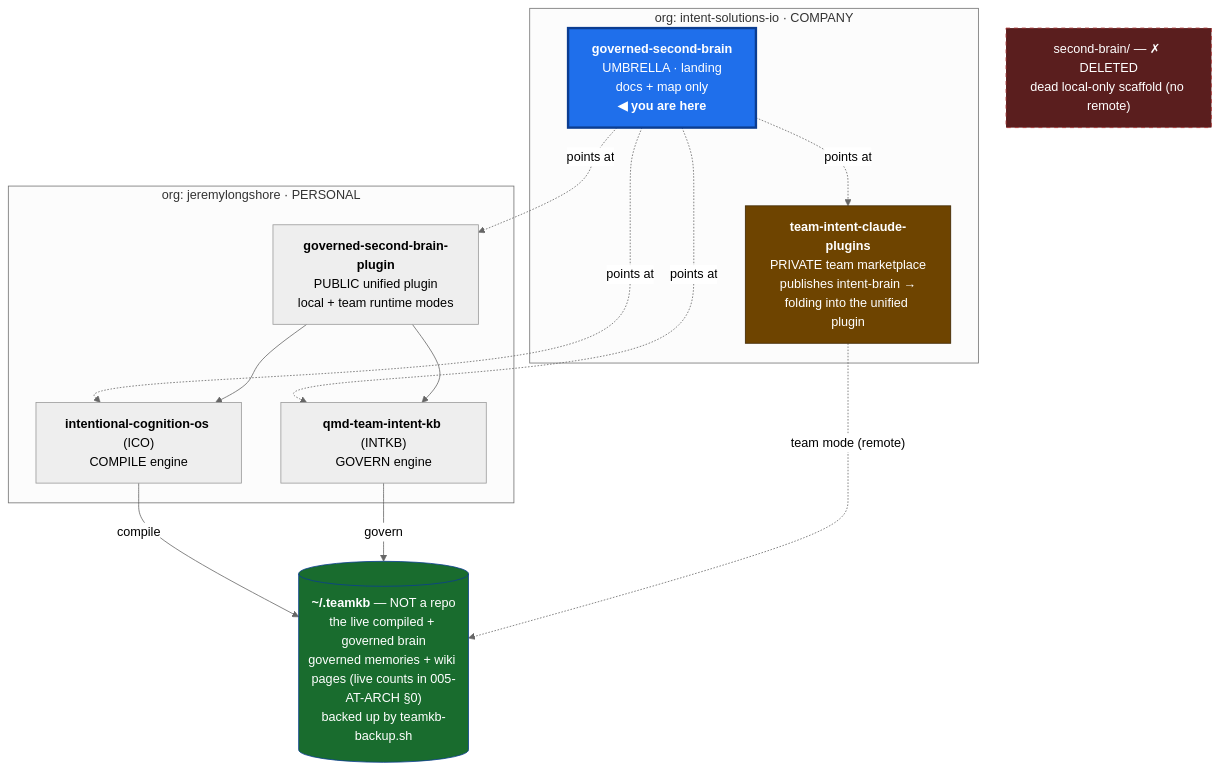
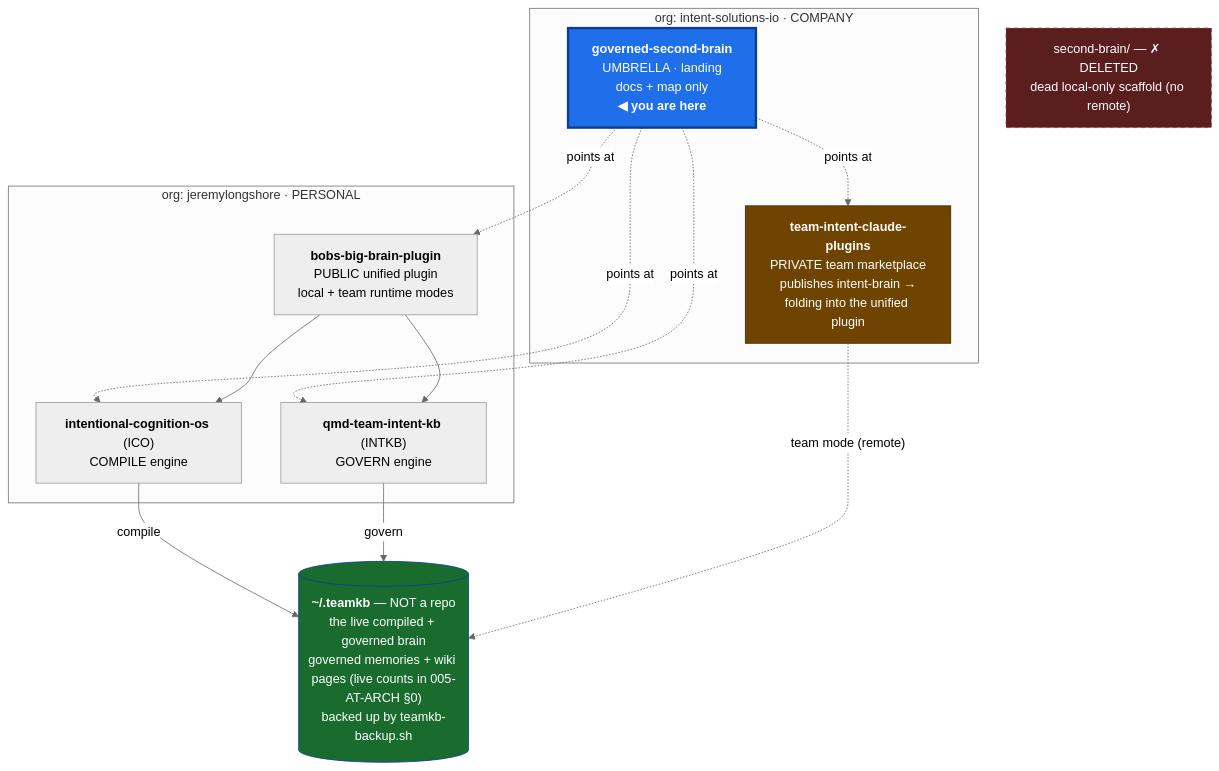
One commit to intent-solutions-io/governed-second-brain changed the diagram in 000-docs/007-AT-SMAP-repo-topology-and-working-surface.md. Above: the diagram before and after it, drawn with Mermaid (neutral theme). The commit also changed other lines of this file and 11 other files, not shown here.

First line of the commit message:
docs(rename): canonicalize the plugin repo to bobs-big-brain-plugin across umbrella references (#46)

````diff
--- a/000-docs/007-AT-SMAP-repo-topology-and-working-surface.md
+++ b/000-docs/007-AT-SMAP-repo-topology-and-working-surface.md
@@ -19,29 +19,29 @@
 ```mermaid
 flowchart TB
   subgraph ISO["org: intent-solutions-io  ·  COMPANY"]
     UMB["<b>governed-second-brain</b><br/>UMBRELLA · landing<br/>docs + map only<br/><b>◀ you are here</b>"]
     MKT["<b>team-intent-claude-plugins</b><br/>PRIVATE team marketplace<br/>publishes intent-brain →<br/>folding into the unified plugin"]
   end
   subgraph JL["org: jeremylongshore  ·  PERSONAL"]
     ICO["<b>intentional-cognition-os</b> (ICO)<br/>COMPILE engine"]
     INTKB["<b>qmd-team-intent-kb</b> (INTKB)<br/>GOVERN engine"]
-    PLUG["<b>governed-second-brain-plugin</b><br/>PUBLIC unified plugin<br/>local + team runtime modes"]
+    PLUG["<b>bobs-big-brain-plugin</b><br/>PUBLIC unified plugin<br/>local + team runtime modes"]
   end
   DATA[("<b>~/.teamkb</b> — NOT a repo<br/>the live compiled + governed brain<br/>governed memories + wiki pages (live counts in 005-AT-ARCH §0)<br/>backed up by teamkb-backup.sh")]
   CRUFT["second-brain/ — ✗ DELETED<br/>dead local-only scaffold (no remote)"]
 
   UMB -. points at .-> ICO
   UMB -. points at .-> INTKB
   UMB -. points at .-> PLUG
   UMB -. points at .-> MKT
   PLUG --> ICO
   PLUG --> INTKB
   ICO -- compile --> DATA
   INTKB -- govern --> DATA
   MKT -. team mode (remote) .-> DATA
 
   style UMB fill:#1f6feb,stroke:#0b3d91,stroke-width:3px,color:#ffffff
   style DATA fill:#196c2e,stroke:#0b3d91,color:#ffffff
   style MKT fill:#6e4400,stroke:#3d2600,color:#ffffff
   style CRUFT fill:#5a1e1e,stroke:#a33,stroke-dasharray:5 5,color:#ffffff
 ```
````
